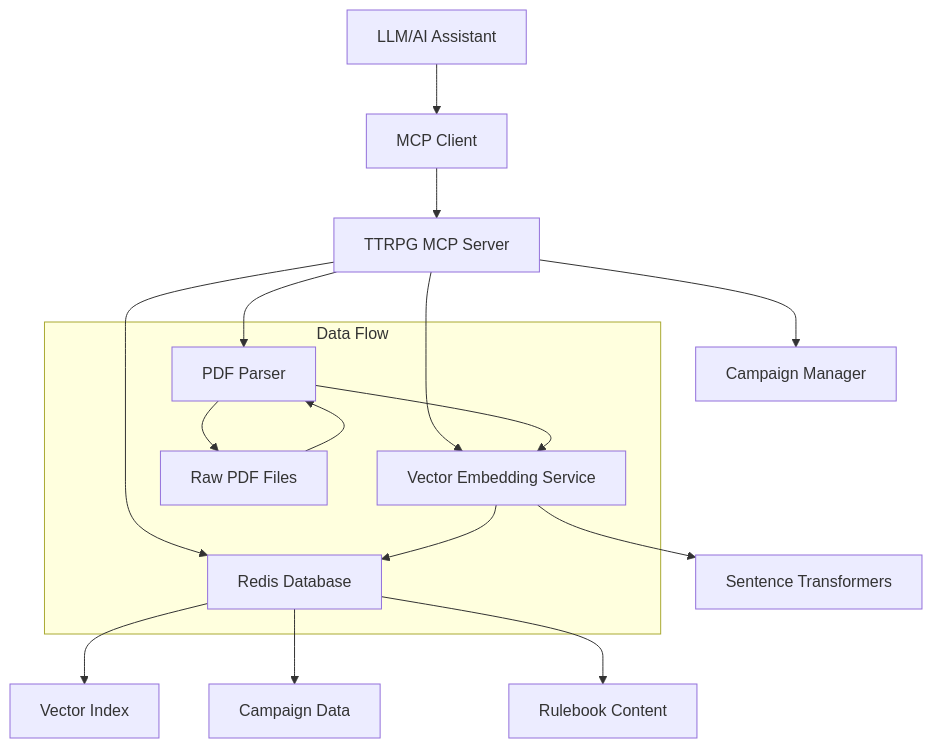
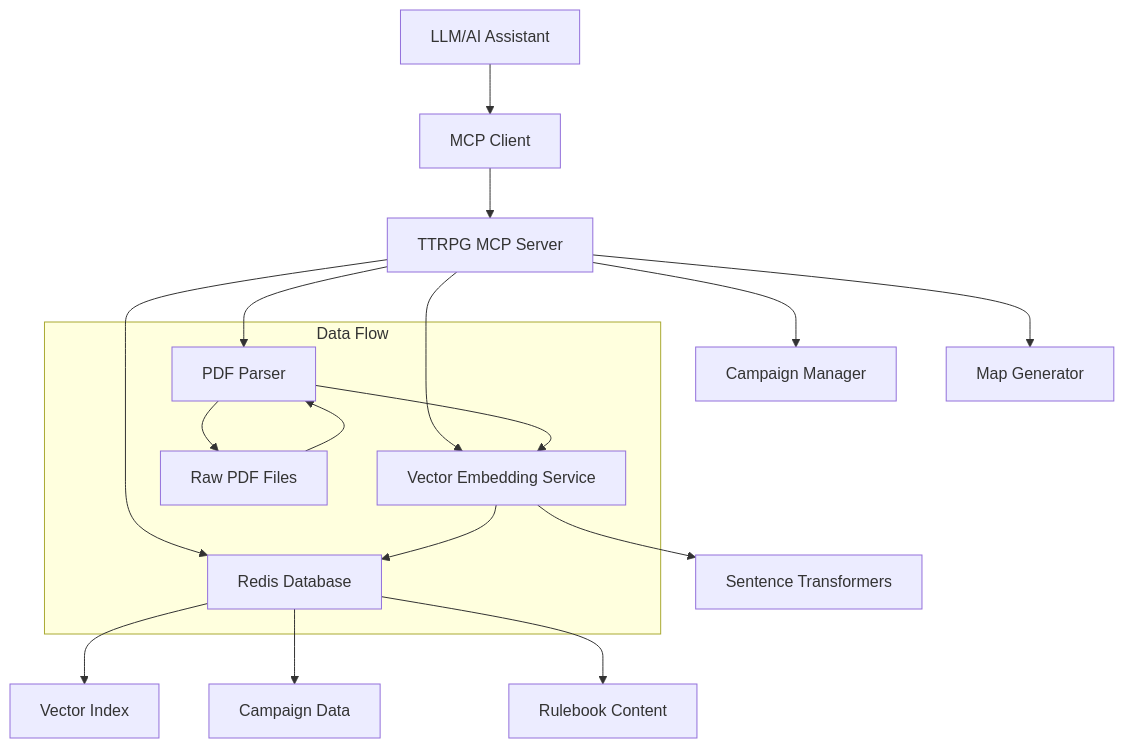
Before and after one commit to Raudbjorn/mcp-dm-gemini: the diagram in design.md, drawn with Mermaid. The commit also changed other lines of this file and 34 other files, not shown here.

````diff
--- a/design.md
+++ b/design.md
@@ -11,21 +11,22 @@
 ```mermaid
 graph TB
     A[LLM/AI Assistant] --> B[MCP Client]
     B --> C[TTRPG MCP Server]
     C --> D[PDF Parser]
     C --> E[Vector Embedding Service]
     C --> F[Redis Database]
     C --> G[Campaign Manager]
+    C --> M[Map Generator]
     
     D --> H[Raw PDF Files]
     E --> I[Sentence Transformers]
     F --> J[Vector Index]
     F --> K[Campaign Data]
     F --> L[Rulebook Content]
     
     subgraph "Data Flow"
         H --> D
         D --> E
         E --> F
     end
 ```
````
